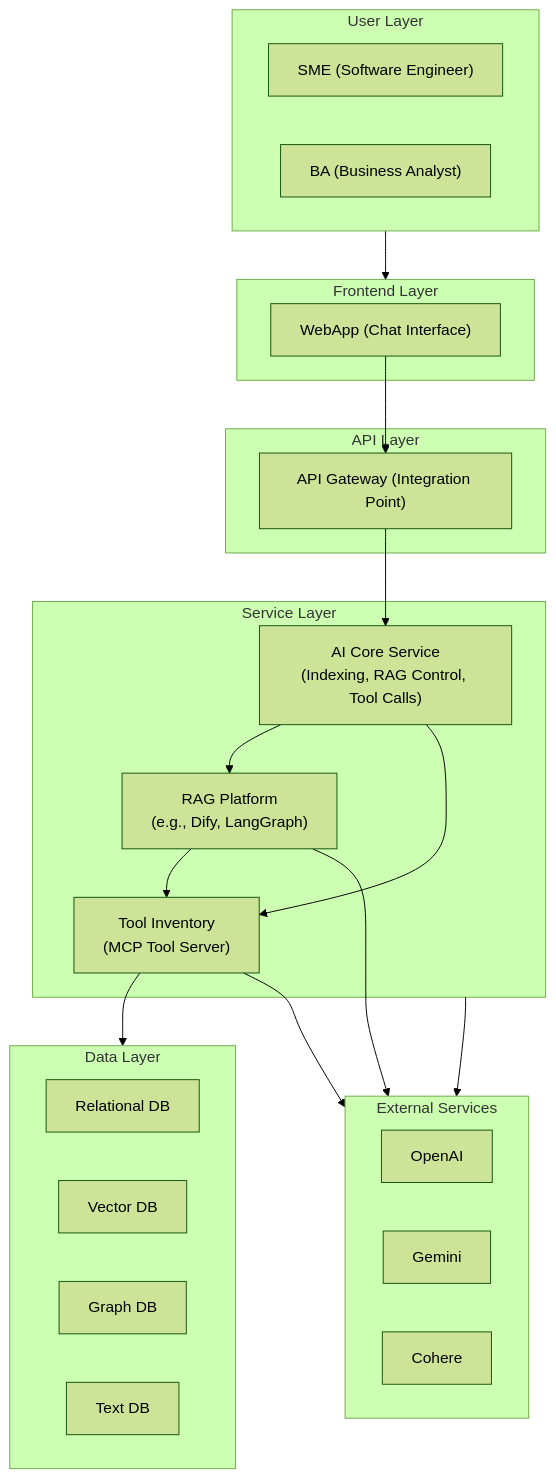
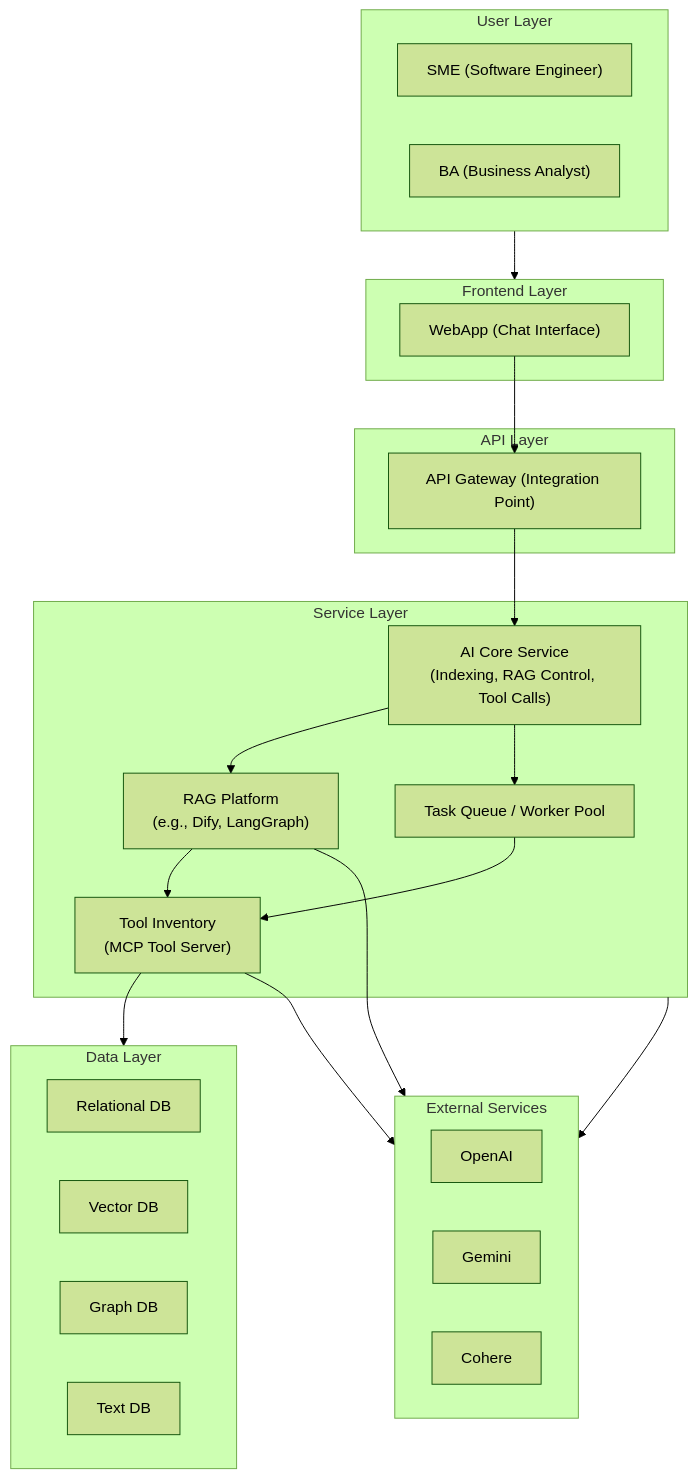
One commit to anhttmle/CAIO changed the second of 3 diagrams in Project Assistant/README.md. Above: the diagram before and after it, drawn with Mermaid (forest theme). The commit also changed other lines of this file, not shown here.

````diff
--- a/Project Assistant/README.md
+++ b/Project Assistant/README.md
@@ -28,51 +28,53 @@
 ```mermaid
 
 graph TB
     subgraph LUser["User Layer"]
         SME["SME (Software Engineer)"]
         BA["BA (Business Analyst)"]
     end
 
     subgraph LFrontend["Frontend Layer"]
         WebApp["WebApp (Chat Interface)"]
     end
 
     subgraph LAPI["API Layer"]
         APIGateway["API Gateway (Integration Point)"]
     end
 
     subgraph LService["Service Layer"]
         AICore["AI Core Service<br>(Indexing, RAG Control, Tool Calls)"]
         RAGPlatform["RAG Platform<br>(e.g., Dify, LangGraph)"]
         ToolInventory["Tool Inventory<br>(MCP Tool Server)"]
+        Worker["Task Queue / Worker Pool"]
     end
 
     subgraph LData["Data Layer"]
         RelDB["Relational DB"]
         VecDB["Vector DB"]
         GraphDB["Graph DB"]
         TextDB["Text DB"]
     end
 
     subgraph LExternal["External Services"]
         OpenAI["OpenAI"]
         Gemini["Gemini"]
         Cohere["Cohere"]
     end
 
     LUser --> LFrontend
     
     WebApp --> APIGateway
     APIGateway --> AICore
 
     LService --> LExternal
 
     AICore --> RAGPlatform
     RAGPlatform --> ToolInventory
-    AICore --> ToolInventory
+    AICore --> Worker
+    Worker --> ToolInventory
 
     ToolInventory --> LData
     ToolInventory --> LExternal
     RAGPlatform --> LExternal
 
 ```
````
